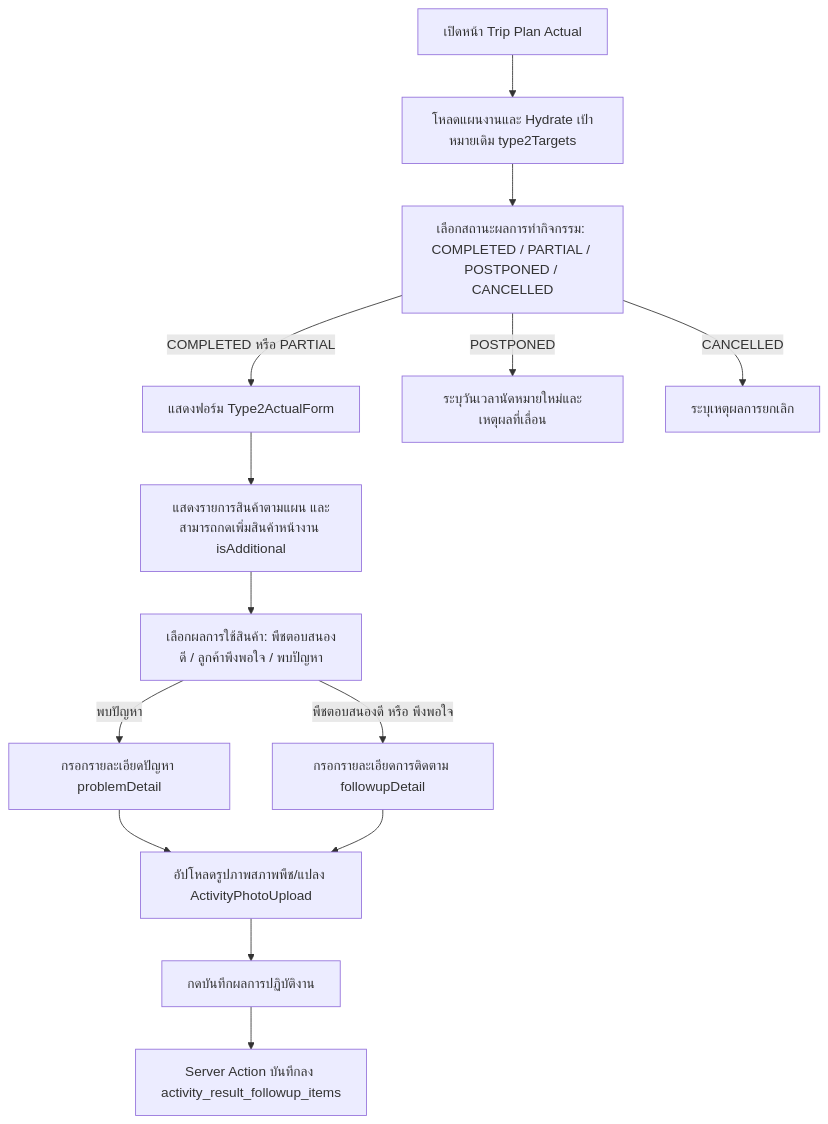
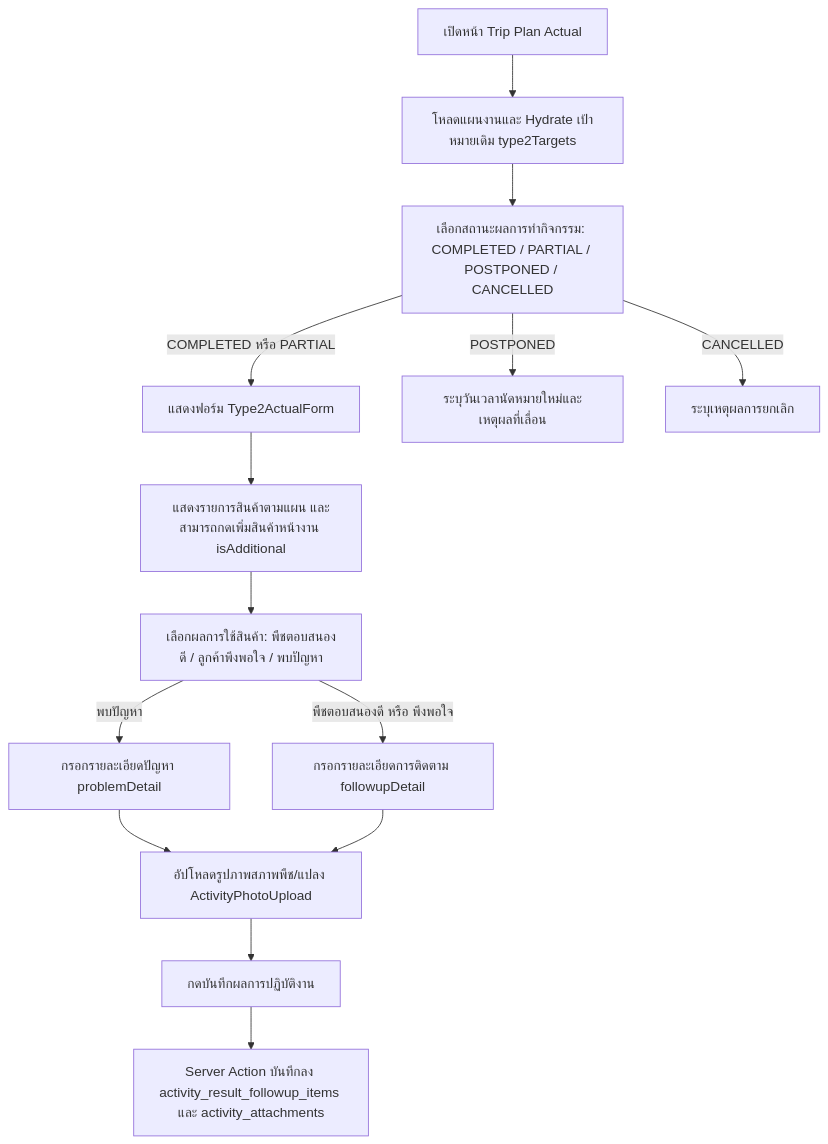
Before and after one commit to bankhk10/crm-bank: the second of 4 diagrams in modules/activity/features/type-2/README.md, drawn with Mermaid. The commit also changed other lines of this file, not shown here.

````diff
--- a/modules/activity/features/type-2/README.md
+++ b/modules/activity/features/type-2/README.md
@@ -55,16 +55,16 @@
 ```mermaid
 graph TD
     A[เปิดหน้า Trip Plan Actual] --> B[โหลดแผนงานและ Hydrate เป้าหมายเดิม type2Targets]
     B --> C[เลือกสถานะผลการทำกิจกรรม: COMPLETED / PARTIAL / POSTPONED / CANCELLED]
     C -->|COMPLETED หรือ PARTIAL| D[แสดงฟอร์ม Type2ActualForm]
     D --> E[แสดงรายการสินค้าตามแผน และสามารถกดเพิ่มสินค้าหน้างาน isAdditional]
     E --> F[เลือกผลการใช้สินค้า: พืชตอบสนองดี / ลูกค้าพึงพอใจ / พบปัญหา]
     F -->|พบปัญหา| G[กรอกรายละเอียดปัญหา problemDetail]
     F -->|พืชตอบสนองดี หรือ พึงพอใจ| H[กรอกรายละเอียดการติดตาม followupDetail]
     G --> I[อัปโหลดรูปภาพสภาพพืช/แปลง ActivityPhotoUpload]
     H --> I
     I --> J[กดบันทึกผลการปฏิบัติงาน]
-    J --> K[Server Action บันทึกลง activity_result_followup_items]
+    J --> K[Server Action บันทึกลง activity_result_followup_items และ activity_attachments]
     C -->|POSTPONED| L[ระบุวันเวลานัดหมายใหม่และเหตุผลที่เลื่อน]
     C -->|CANCELLED| M[ระบุเหตุผลการยกเลิก]
 ```
````
